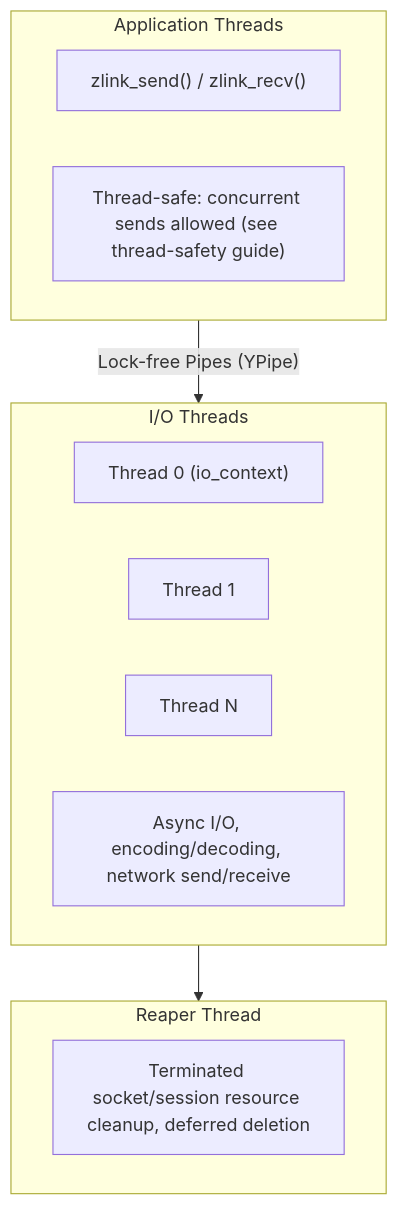
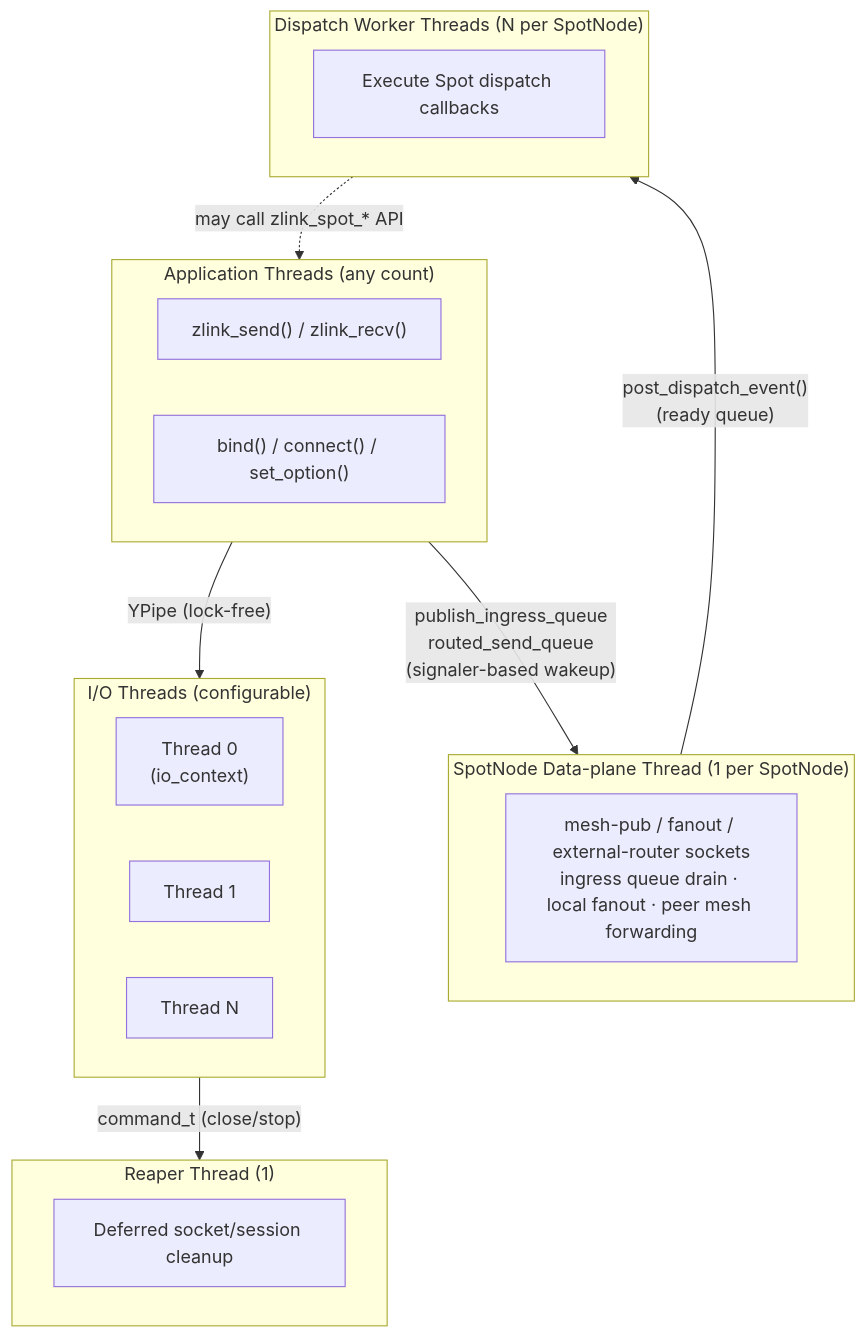
The first of 2 diagrams in doc/site/docs/internals/threading-model.md (kairos-code-dev/zlink), drawn with Mermaid before and after one commit. The commit also changed other lines of this file and 393 other files, not shown here.

Commit message:
feat: require explicit spot router bind endpoint

````diff
--- a/doc/site/docs/internals/threading-model.md
+++ b/doc/site/docs/internals/threading-model.md
@@ -16,20 +35,28 @@
 ```mermaid
 flowchart TB
-    subgraph APP["Application Threads"]
+    subgraph APP["Application Threads (any count)"]
         direction LR
         A1["zlink_send() / zlink_recv()"]
-        A2["Thread-safe: concurrent sends allowed (see thread-safety guide)"]
+        A2["bind() / connect() / set_option()"]
     end
-    subgraph IO["I/O Threads"]
+    subgraph IO["I/O Threads (configurable)"]
         direction LR
-        T0["Thread 0 (io_context)"]
+        T0["Thread 0\n(io_context)"]
         T1["Thread 1"]
         TN["Thread N"]
-        IO_DESC["Async I/O, encoding/decoding, network send/receive"]
     end
-    subgraph REAPER["Reaper Thread"]
-        R1["Terminated socket/session resource cleanup, deferred deletion"]
+    subgraph REAPER["Reaper Thread (1)"]
+        R1["Deferred socket/session cleanup"]
     end
-    APP -- "Lock-free Pipes (YPipe)" --> IO
-    IO --> REAPER
+    subgraph SPOT_DATA["SpotNode Data-plane Thread (1 per SpotNode)"]
+        DP["mesh-pub / fanout / external-router sockets\ningress queue drain · local fanout · peer mesh forwarding"]
+    end
+    subgraph SPOT_WORKERS["Dispatch Worker Threads (N per SpotNode)"]
+        W1["Execute Spot dispatch callbacks"]
+    end
+    APP -- "YPipe (lock-free)" --> IO
+    IO -- "command_t (close/stop)" --> REAPER
+    APP -- "publish_ingress_queue\nrouted_send_queue\n(signaler-based wakeup)" --> SPOT_DATA
+    SPOT_DATA -- "post_dispatch_event()\n(ready queue)" --> SPOT_WORKERS
+    SPOT_WORKERS -. "may call zlink_spot_* API" .-> APP
 ```
````
